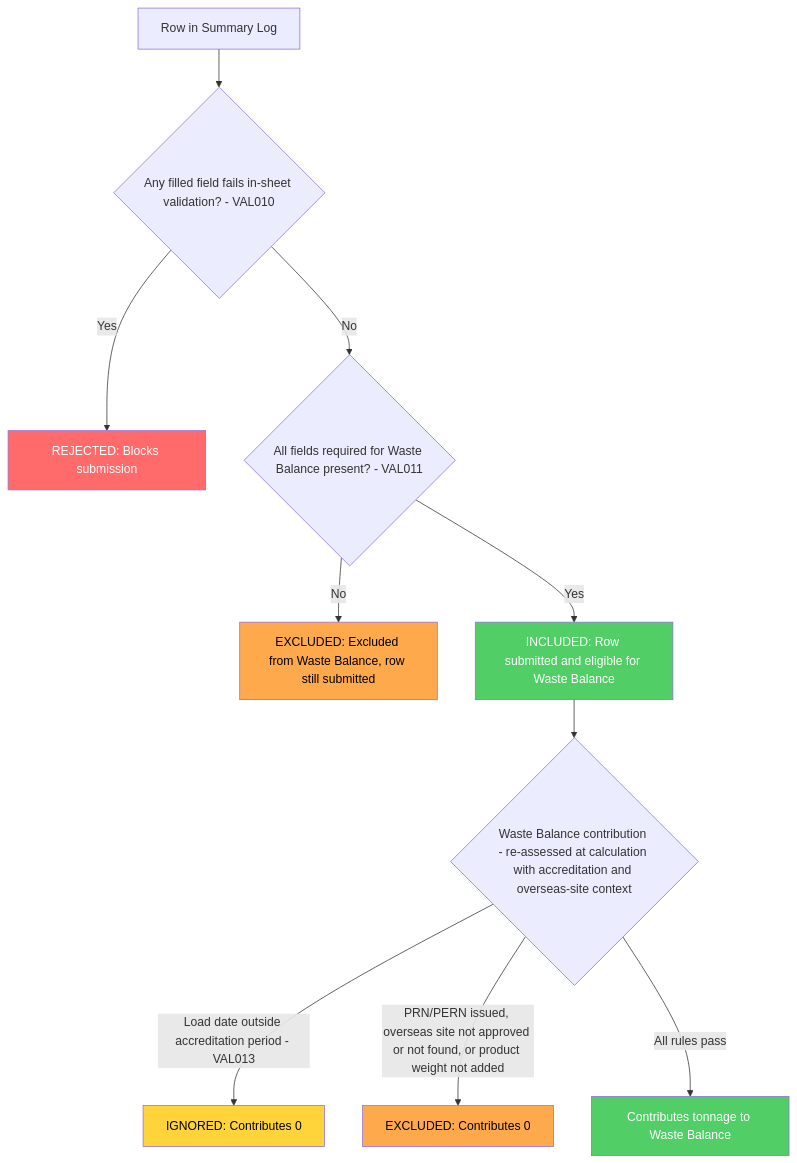
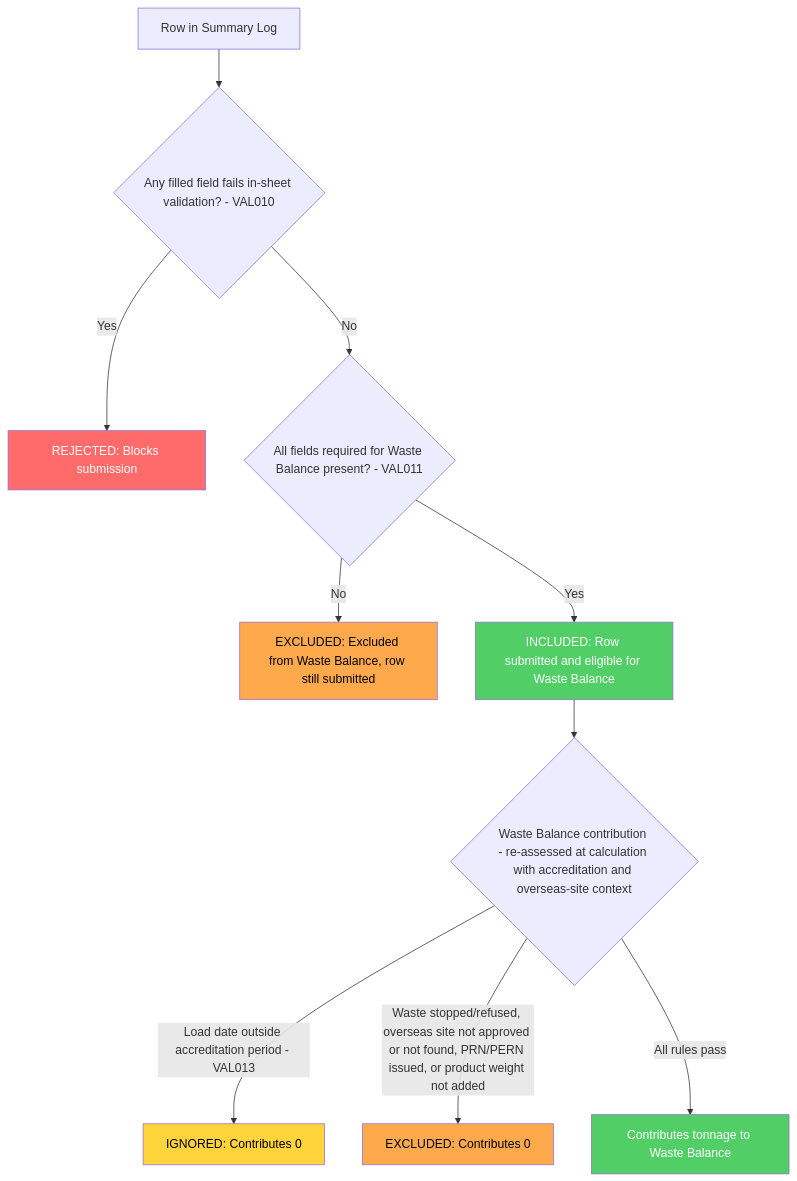
Before and after one commit to DEFRA/epr-re-ex-service: the diagram in docs/architecture/defined/summary-log-row-validation-classification.md, drawn with Mermaid. The commit also changed other lines of this file and 5 other files, not shown here.

````diff
--- a/docs/architecture/defined/summary-log-row-validation-classification.md
+++ b/docs/architecture/defined/summary-log-row-validation-classification.md
@@ -76,23 +82,23 @@
 ```mermaid
 flowchart TD
     A[Row in Summary Log] --> B{Any filled field fails in-sheet validation? - VAL010}
 
     B -->|Yes| REJECTED["REJECTED: Blocks submission"]
     B -->|No| C{All fields required for Waste Balance present? - VAL011}
 
     C -->|No| EXCLUDED["EXCLUDED: Excluded from Waste Balance, row still submitted"]
     C -->|Yes| INCLUDED["INCLUDED: Row submitted and eligible for Waste Balance"]
 
     INCLUDED --> WB{"Waste Balance contribution - re-assessed at calculation with accreditation and overseas-site context"}
 
     WB -->|Load date outside accreditation period - VAL013| IGNORED["IGNORED: Contributes 0"]
-    WB -->|PRN/PERN issued, overseas site not approved or not found, or product weight not added| EXCL2["EXCLUDED: Contributes 0"]
+    WB -->|Waste stopped/refused, overseas site not approved or not found, PRN/PERN issued, or product weight not added| EXCL2["EXCLUDED: Contributes 0"]
     WB -->|All rules pass| CONTRIB["Contributes tonnage to Waste Balance"]
 
     style REJECTED fill:#ff6b6b,color:#fff
     style EXCLUDED fill:#ffa94d,color:#000
     style EXCL2 fill:#ffa94d,color:#000
     style IGNORED fill:#ffd43b,color:#000
     style INCLUDED fill:#51cf66,color:#fff
     style CONTRIB fill:#51cf66,color:#fff
 ```
````
